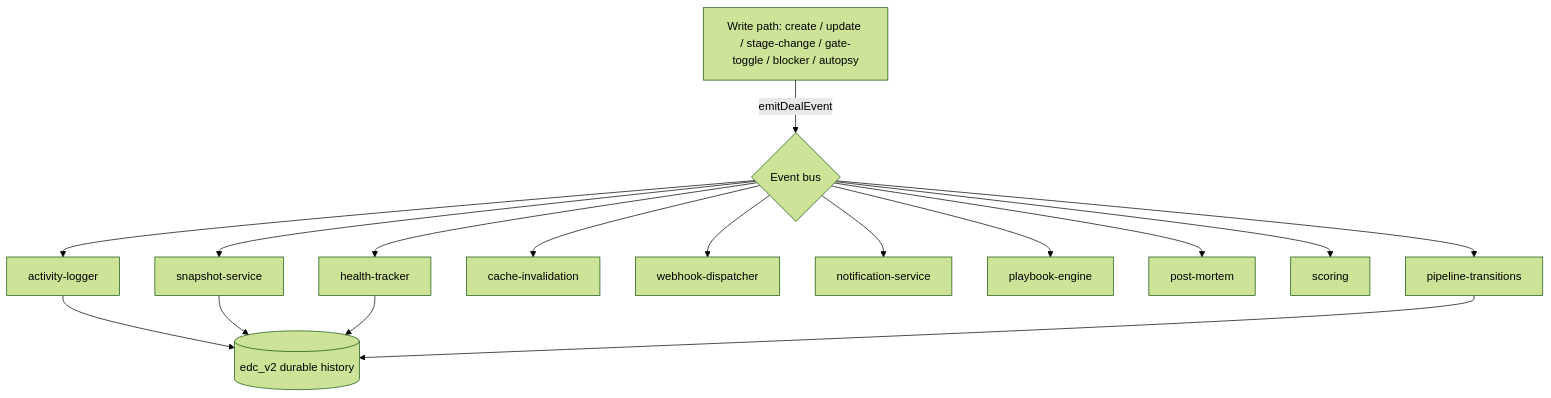
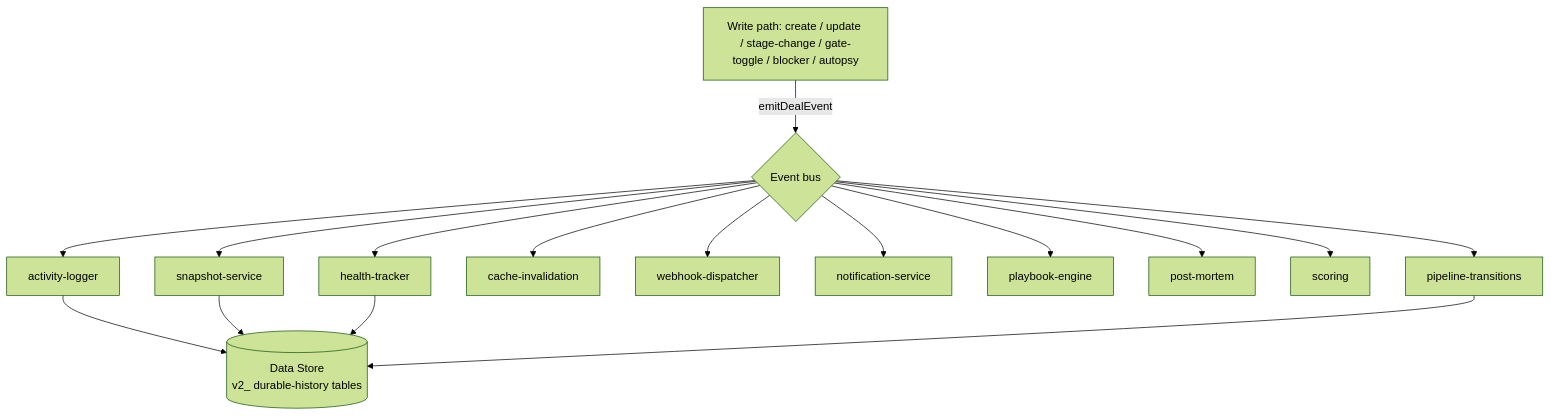
One commit to dwaipayan-g-6158/enterprise-deal-commander changed the third of 4 diagrams in docs/architecture.md. Above: the diagram before and after it, drawn with Mermaid (forest theme). The commit also changed other lines of this file and 2 other files, not shown here.

First line of the commit message:
docs: fix 5 reviewer-flagged gaps in architecture/data-model docs

````diff
--- a/docs/architecture.md
+++ b/docs/architecture.md
@@ -123,19 +123,19 @@
 ```mermaid
 flowchart TD
     W[Write path: create / update / stage-change / gate-toggle / blocker / autopsy]
     W -->|emitDealEvent| BUS{Event bus}
     BUS --> A[activity-logger]
     BUS --> S[snapshot-service]
     BUS --> H[health-tracker]
     BUS --> C[cache-invalidation]
     BUS --> WH[webhook-dispatcher]
     BUS --> N[notification-service]
     BUS --> P[playbook-engine]
     BUS --> PM[post-mortem]
     BUS --> SC[scoring]
     BUS --> PT[pipeline-transitions]
-    A --> V[(edc_v2 durable history)]
+    A --> V[(Data Store<br/>v2_ durable-history tables)]
     S --> V
     H --> V
     PT --> V
 ```
````
